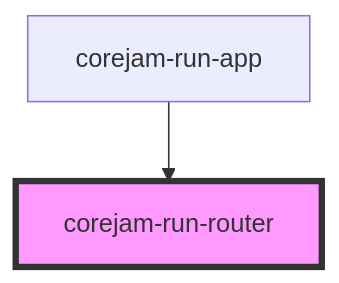
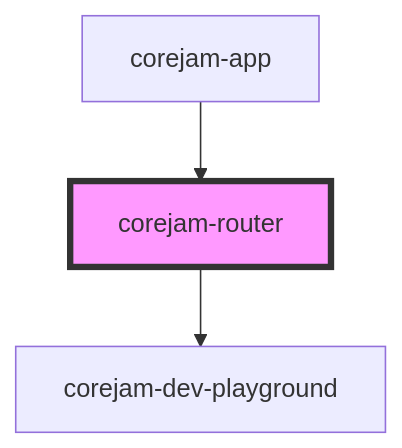
The diagram in packages/run/app/components/Router/readme.md (corejam/corejam), drawn with Mermaid before and after one commit. The commit also changed other lines of this file and 43 other files, not shown here.

````diff
--- a/packages/run/app/components/Router/readme.md
+++ b/packages/run/app/components/Router/readme.md
@@ -15,5 +19,6 @@
 ```mermaid
 graph TD;
-  corejam-run-app --> corejam-run-router
-  style corejam-run-router fill:#f9f,stroke:#333,stroke-width:4px
+  corejam-router --> corejam-dev-playground
+  corejam-app --> corejam-router
+  style corejam-router fill:#f9f,stroke:#333,stroke-width:4px
 ```
````
